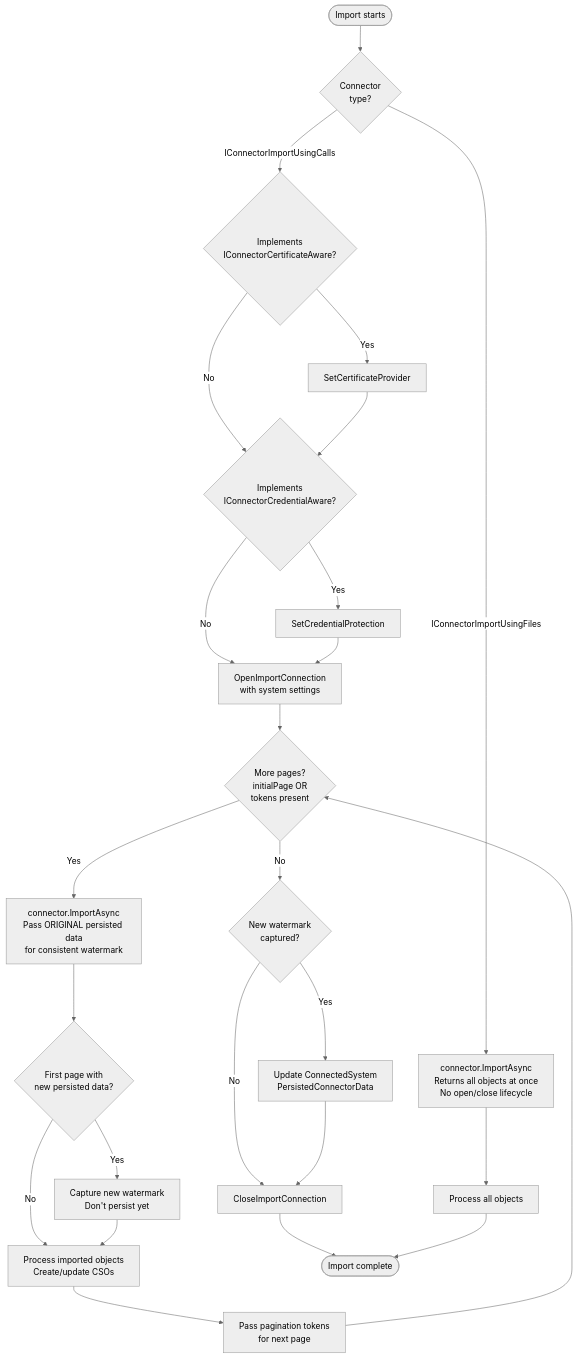
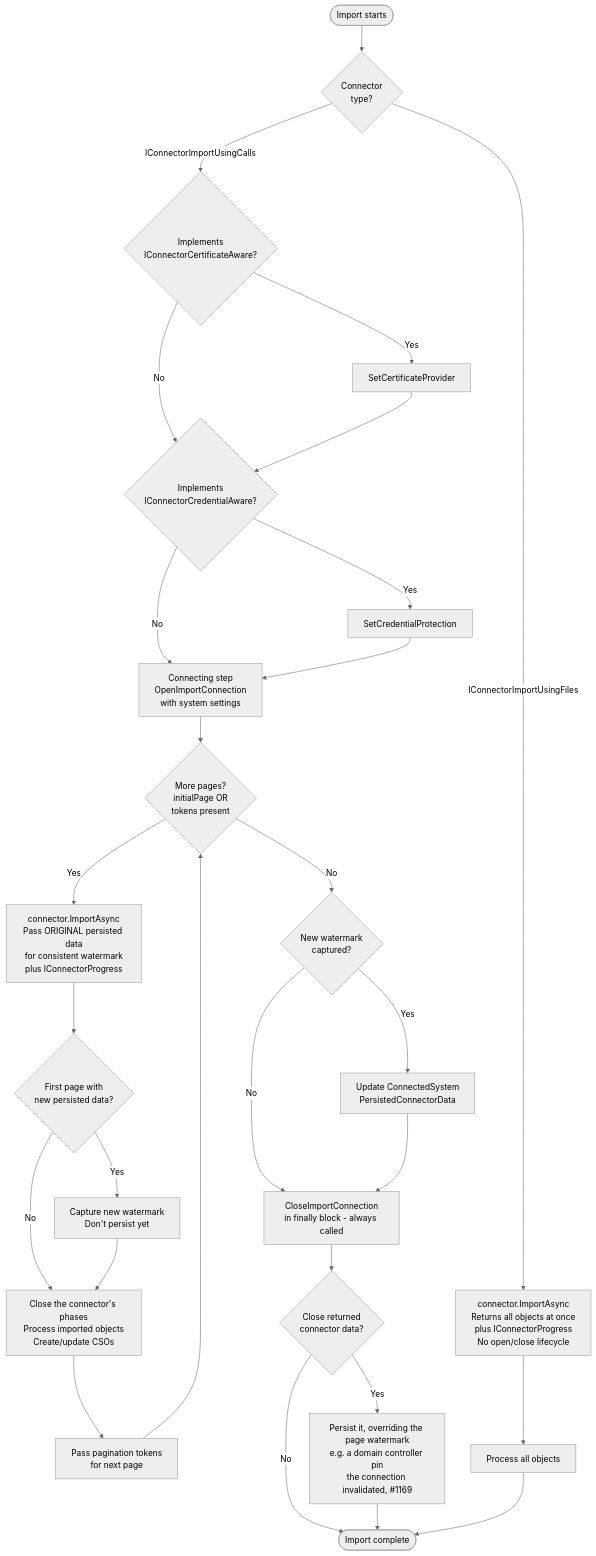
Before and after one commit to TetronIO/JIM: the third of 7 diagrams in docs/developer/diagrams/CONNECTOR_LIFECYCLE.md, drawn with Mermaid (neutral theme). The commit also changed other lines of this file and 49 other files, not shown here.

Commit message:
docs: update documentation, diagrams and changelog for v0.15.0 release

````diff
--- a/docs/developer/diagrams/CONNECTOR_LIFECYCLE.md
+++ b/docs/developer/diagrams/CONNECTOR_LIFECYCLE.md
@@ -53,33 +63,36 @@
 ```mermaid
 flowchart TD
     Start([Import starts]) --> CheckType{Connector<br/>type?}
 
     %% --- Call-based connector ---
     CheckType -->|IConnectorImportUsingCalls| InjectCert{Implements<br/>IConnectorCertificateAware?}
     InjectCert -->|Yes| SetCert[SetCertificateProvider]
     InjectCert -->|No| InjectCred
     SetCert --> InjectCred{Implements<br/>IConnectorCredentialAware?}
     InjectCred -->|Yes| SetCred[SetCredentialProtection]
     InjectCred -->|No| Open
-    SetCred --> Open[OpenImportConnection<br/>with system settings]
+    SetCred --> Open[Connecting step<br/>OpenImportConnection<br/>with system settings]
 
     Open --> PageLoop{More pages?<br/>initialPage OR<br/>tokens present}
-    PageLoop -->|Yes| CallImport[connector.ImportAsync<br/>Pass ORIGINAL persisted data<br/>for consistent watermark]
+    PageLoop -->|Yes| CallImport[connector.ImportAsync<br/>Pass ORIGINAL persisted data<br/>for consistent watermark<br/>plus IConnectorProgress]
     CallImport --> CaptureWatermark{First page with<br/>new persisted data?}
     CaptureWatermark -->|Yes| SaveNewWatermark[Capture new watermark<br/>Don't persist yet]
     CaptureWatermark -->|No| ProcessPage
-    SaveNewWatermark --> ProcessPage[Process imported objects<br/>Create/update CSOs]
+    SaveNewWatermark --> ProcessPage[Close the connector's phases<br/>Process imported objects<br/>Create/update CSOs]
     ProcessPage --> NextPage[Pass pagination tokens<br/>for next page]
     NextPage --> PageLoop
 
     PageLoop -->|No| PersistWM{New watermark<br/>captured?}
     PersistWM -->|Yes| UpdateCS[Update ConnectedSystem<br/>PersistedConnectorData]
     PersistWM -->|No| Close
-    UpdateCS --> Close[CloseImportConnection]
-    Close --> Done([Import complete])
+    UpdateCS --> Close[CloseImportConnection<br/>in finally block - always called]
+    Close --> CloseData{Close returned<br/>connector data?}
+    CloseData -->|Yes| PersistClose[Persist it, overriding the page watermark<br/>e.g. a domain controller pin<br/>the connection invalidated, #1169]
+    CloseData -->|No| Done([Import complete])
+    PersistClose --> Done
 
     %% --- File-based connector ---
-    CheckType -->|IConnectorImportUsingFiles| FileImport[connector.ImportAsync<br/>Returns all objects at once<br/>No open/close lifecycle]
+    CheckType -->|IConnectorImportUsingFiles| FileImport[connector.ImportAsync<br/>Returns all objects at once<br/>plus IConnectorProgress<br/>No open/close lifecycle]
     FileImport --> FileProcess[Process all objects]
     FileProcess --> Done
 ```
````
